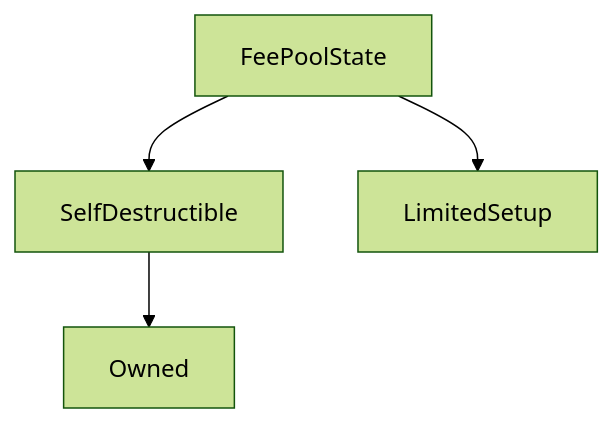
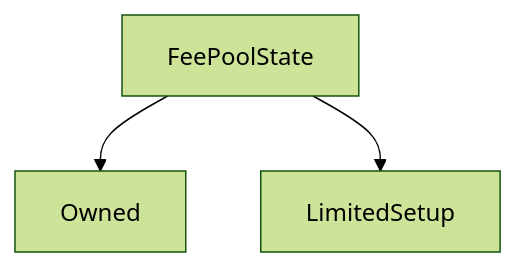
The diagram in content/contracts/source/contracts/FeePoolState.md (Synthetixio/synthetix-docs), drawn with Mermaid (forest theme) before and after one commit. The commit also changed other lines of this file and 100 other files, not shown here.

````diff
--- a/content/contracts/source/contracts/FeePoolState.md
+++ b/content/contracts/source/contracts/FeePoolState.md
@@ -28,7 +28,6 @@
 ```mermaid
 graph TD
-    FeePoolState[FeePoolState] --> SelfDestructible[SelfDestructible]
+    FeePoolState[FeePoolState] --> Owned[Owned]
     FeePoolState[FeePoolState] --> LimitedSetup[LimitedSetup]
-    SelfDestructible[SelfDestructible] --> Owned[Owned]
 
 ```
````
